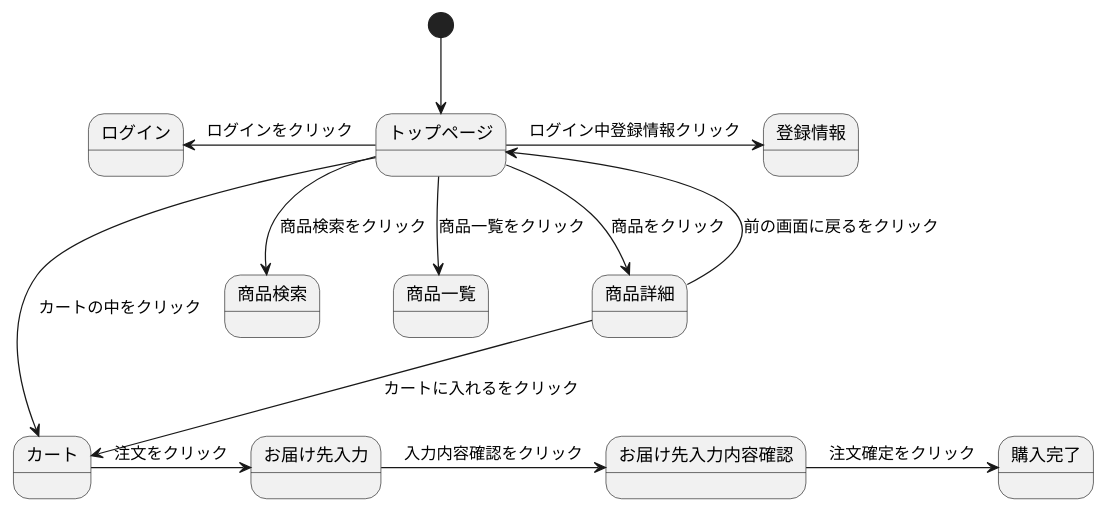
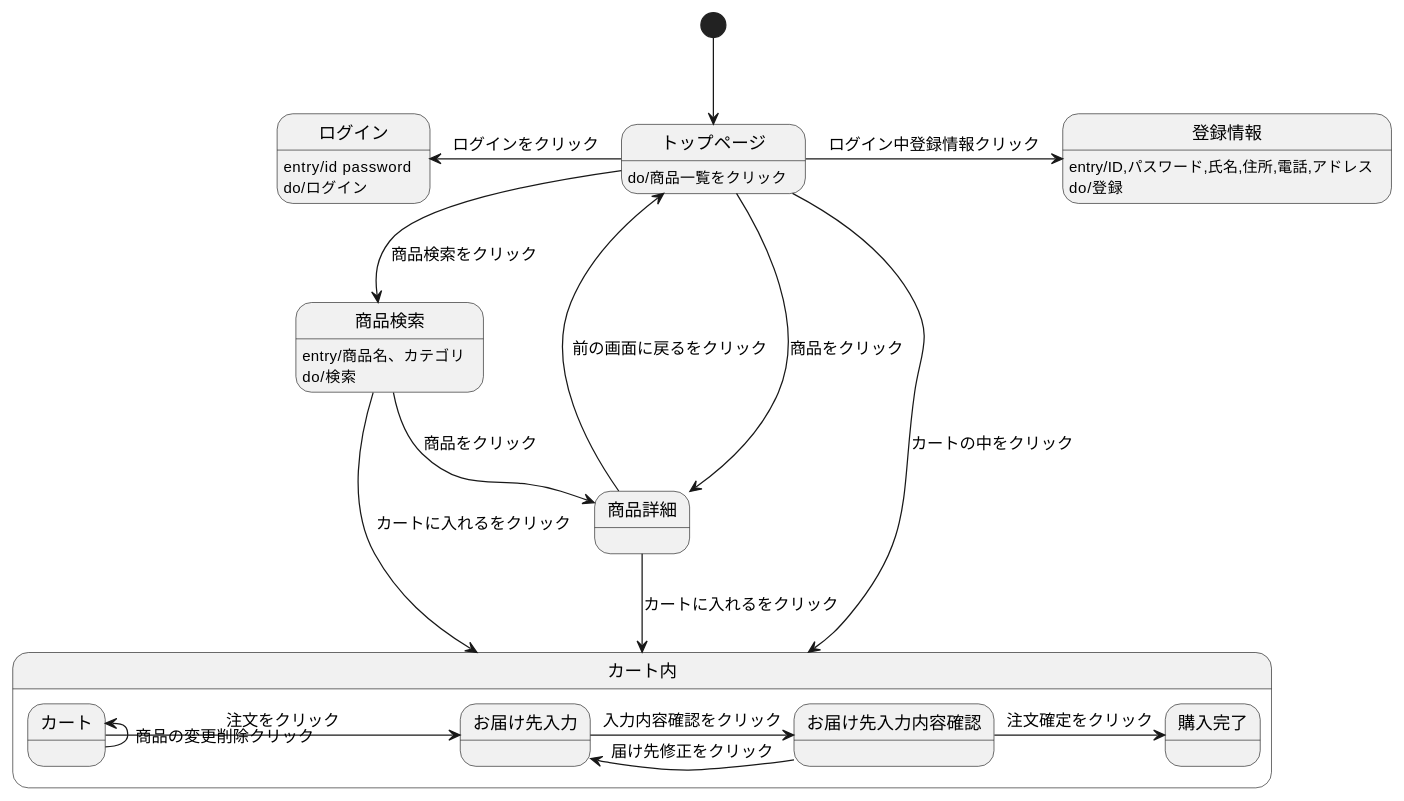
The diagram in stm01.md (Aso2001382/2021sys-design), drawn with PlantUML before and after one commit.

```diff
--- a/stm01.md
+++ b/stm01.md
@@ -1,14 +1,26 @@
 @startuml
 [*] --> トップページ
 トップページ -> 登録情報 : ログイン中登録情報クリック
+登録情報:entry/ID,パスワード,氏名,住所,電話,アドレス
+登録情報:do/登録
 トップページ -left-> ログイン : ログインをクリック
+ログイン:entry/id password
+ログイン:do/ログイン
 トップページ --> 商品検索 : 商品検索をクリック
-トップページ --> 商品一覧 : 商品一覧をクリック
+商品検索-->商品詳細 : 商品をクリック
+商品検索-->カート内 : カートに入れるをクリック
+商品検索:entry/商品名、カテゴリ
+商品検索:do/検索
+トップページ:do/商品一覧をクリック
 トップページ --> 商品詳細 : 商品をクリック
-トップページ --> カート : カートの中をクリック
-商品詳細 --> カート : カートに入れるをクリック
+トップページ --> カート内 : カートの中をクリック
+商品詳細 --> カート内 : カートに入れるをクリック
 商品詳細 --> トップページ : 前の画面に戻るをクリック
+state カート内{
 カート -> お届け先入力 : 注文をクリック
+カート -left-> カート : 商品の変更削除クリック
 お届け先入力 -> お届け先入力内容確認 : 入力内容確認をクリック
+お届け先入力内容確認 -> お届け先入力 :届け先修正をクリック
 お届け先入力内容確認 -> 購入完了 : 注文確定をクリック
+}
 @enduml
```
